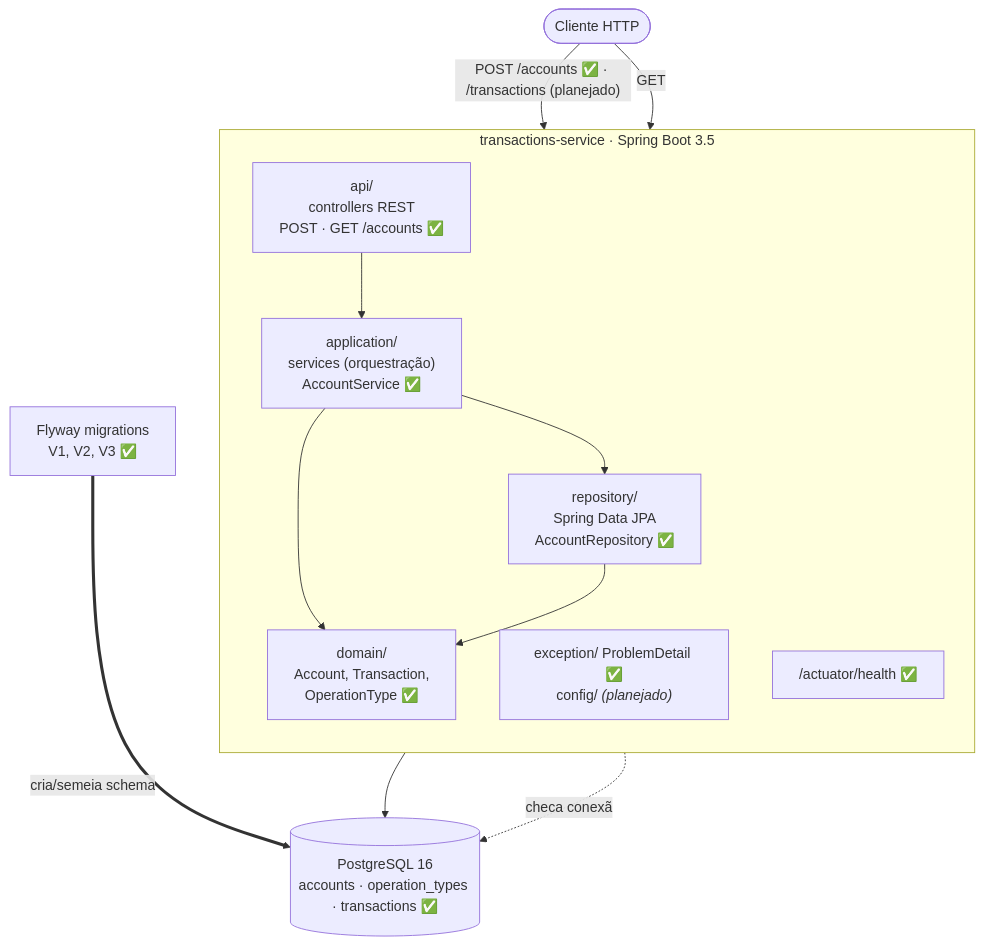
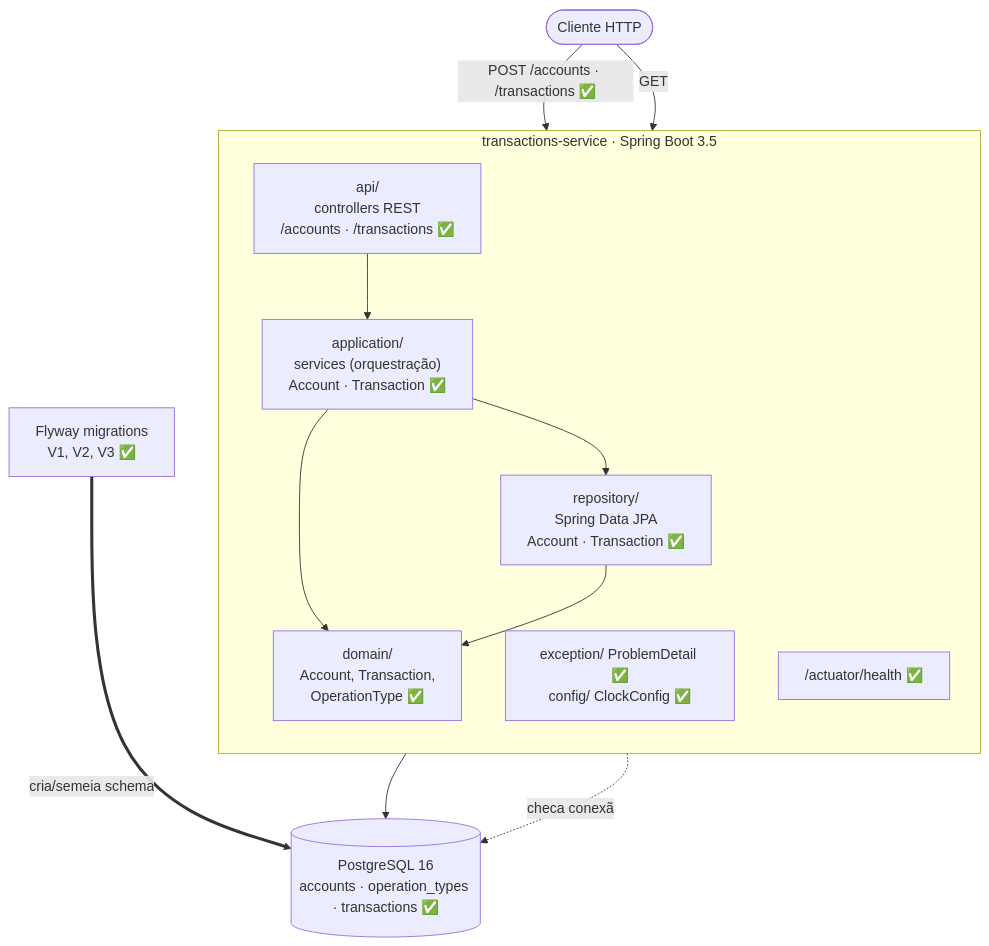
One commit to DanMke/transactions-service changed the diagram in README.md. Above: the diagram before and after it, drawn with Mermaid. The commit also changed other lines of this file and 15 other files, not shown here.

Commit message:
feat: add transaction creation with validation and problem details

````diff
--- a/README.md
+++ b/README.md
@@ -21,27 +20,27 @@
 ```mermaid
 flowchart TB
     client([Cliente HTTP])
 
     subgraph app["transactions-service · Spring Boot 3.5"]
         direction TB
-        api["api/<br/>controllers REST<br/>POST · GET /accounts ✅"]
-        application["application/<br/>services (orquestração)<br/>AccountService ✅"]
+        api["api/<br/>controllers REST<br/>/accounts · /transactions ✅"]
+        application["application/<br/>services (orquestração)<br/>Account · Transaction ✅"]
         domain["domain/<br/>Account, Transaction,<br/>OperationType ✅"]
-        repository["repository/<br/>Spring Data JPA<br/>AccountRepository ✅"]
-        config["exception/ ProblemDetail ✅<br/>config/ <i>(planejado)</i>"]
+        repository["repository/<br/>Spring Data JPA<br/>Account · Transaction ✅"]
+        config["exception/ ProblemDetail ✅<br/>config/ ClockConfig ✅"]
         actuator["/actuator/health ✅"]
     end
 
     db[("PostgreSQL 16<br/>accounts · operation_types · transactions ✅")]
     flyway["Flyway migrations<br/>V1, V2, V3 ✅"]
 
-    client -->|"POST /accounts ✅ · /transactions (planejado)"| api
+    client -->|"POST /accounts · /transactions ✅"| api
     api --> application
     application --> domain
     application --> repository
     repository --> domain
     repository --> db
     client -->|GET| actuator
     actuator -.checa conexão.-> db
     flyway ==>|cria/semeia schema| db
 ```
````
